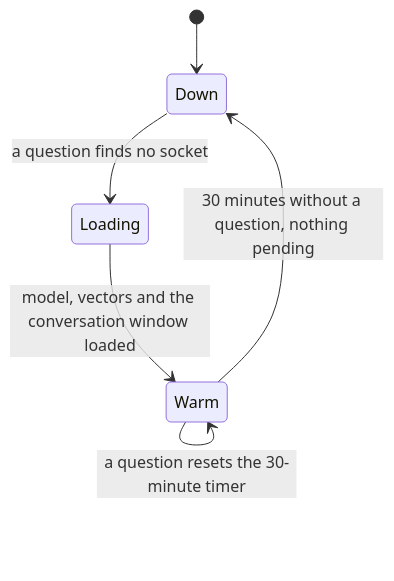
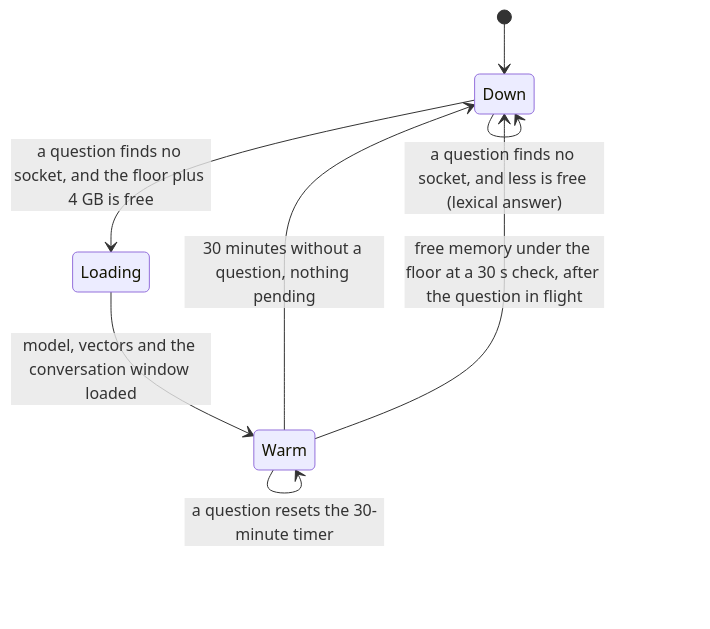
The fifth of 5 diagrams in docs/DESIGN-search-daemon.md (adelost/agentmux), drawn with Mermaid before and after one commit. The commit also changed other lines of this file and 1 other file, not shown here.

First line of the commit message:
docs(search): design v2, memory guard and the measured cost of a warm daemon; rows 46-47

````diff
--- a/docs/DESIGN-search-daemon.md
+++ b/docs/DESIGN-search-daemon.md
@@ -176,9 +200,11 @@
 ```mermaid
 %% id: state-daemon
 stateDiagram-v2
   [*] --> Down
-  Down --> Loading: a question finds no socket
+  Down --> Loading: a question finds no socket, and the floor plus 4 GB is free
+  Down --> Down: a question finds no socket, and less is free (lexical answer)
   Loading --> Warm: model, vectors and the conversation window loaded
   Warm --> Warm: a question resets the 30-minute timer
   Warm --> Down: 30 minutes without a question, nothing pending
+  Warm --> Down: free memory under the floor at a 30 s check, after the question in flight
 ```
````
